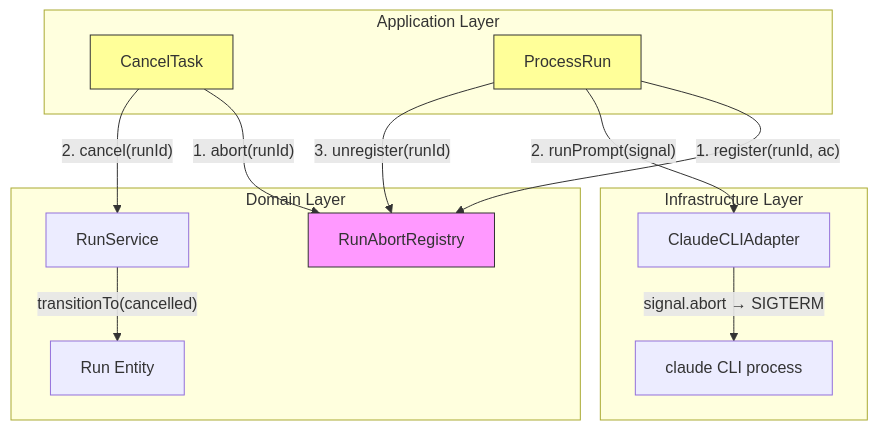
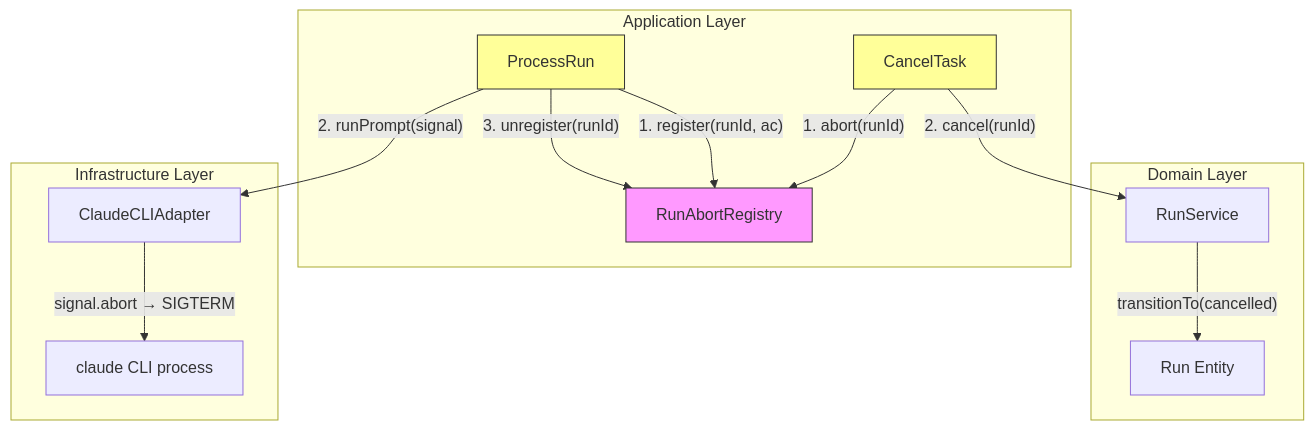
Before and after one commit to sasaloginov/neuroforge: the first of 2 diagrams in design/spec.md, drawn with Mermaid. The commit also changed other lines of this file and 1 other file, not shown here.

Commit message:
NF-18: fix: update spec/research docs to reflect RunAbortRegistry in application layer

````diff
--- a/design/spec.md
+++ b/design/spec.md
@@ -18,30 +18,30 @@
 ```mermaid
 graph TB
     subgraph Application Layer
         CT[CancelTask]
         PR[ProcessRun]
+        RAR[RunAbortRegistry]
     end
 
     subgraph Domain Layer
-        RAR[RunAbortRegistry]
         RS[RunService]
         RE[Run Entity]
     end
 
     subgraph Infrastructure Layer
         CLA[ClaudeCLIAdapter]
         PROC[claude CLI process]
     end
 
     CT -->|"1. abort(runId)"| RAR
     CT -->|"2. cancel(runId)"| RS
     PR -->|"1. register(runId, ac)"| RAR
     PR -->|"2. runPrompt(signal)"| CLA
     PR -->|"3. unregister(runId)"| RAR
     CLA -->|"signal.abort → SIGTERM"| PROC
     RS -->|"transitionTo(cancelled)"| RE
 
     style RAR fill:#f9f,stroke:#333
     style CT fill:#ff9,stroke:#333
     style PR fill:#ff9,stroke:#333
 ```
````
